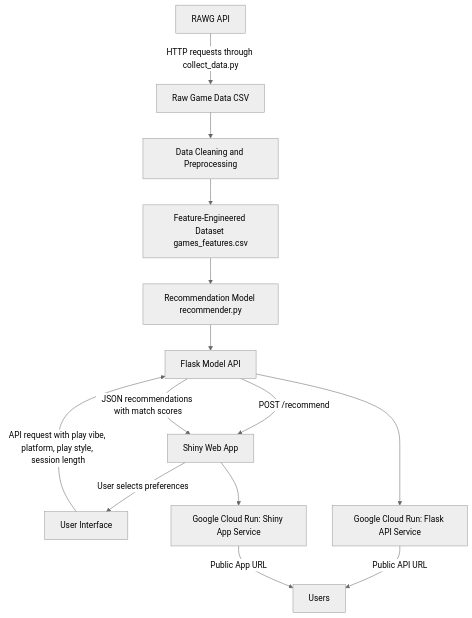
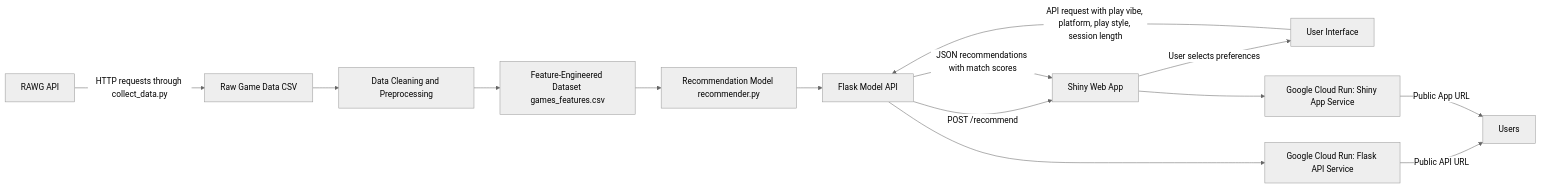
The diagram in README.md (stonnneee/video-game-recommender), drawn with Mermaid (neutral theme) before and after one commit.

Commit message:
Fix diagram direction in README.md

````diff
--- a/README.md
+++ b/README.md
@@ -94,20 +94,20 @@
 ```mermaid
-flowchart TD
+flowchart LR
     A[RAWG API] -->|HTTP requests through collect_data.py| B[Raw Game Data CSV]
     B --> C[Data Cleaning and Preprocessing]
     C --> D[Feature-Engineered Dataset games_features.csv]
 
     D --> E[Recommendation Model recommender.py]
     E --> F[Flask Model API]
 
     F -->|POST /recommend| G[Shiny Web App]
     G -->|User selects preferences| H[User Interface]
     H -->|API request with play vibe, platform, play style, session length| F
     F -->|JSON recommendations with match scores| G
 
     F --> I[Google Cloud Run: Flask API Service]
     G --> J[Google Cloud Run: Shiny App Service]
 
     I -->|Public API URL| K[Users]
     J -->|Public App URL| K[Users]
 ```
````
